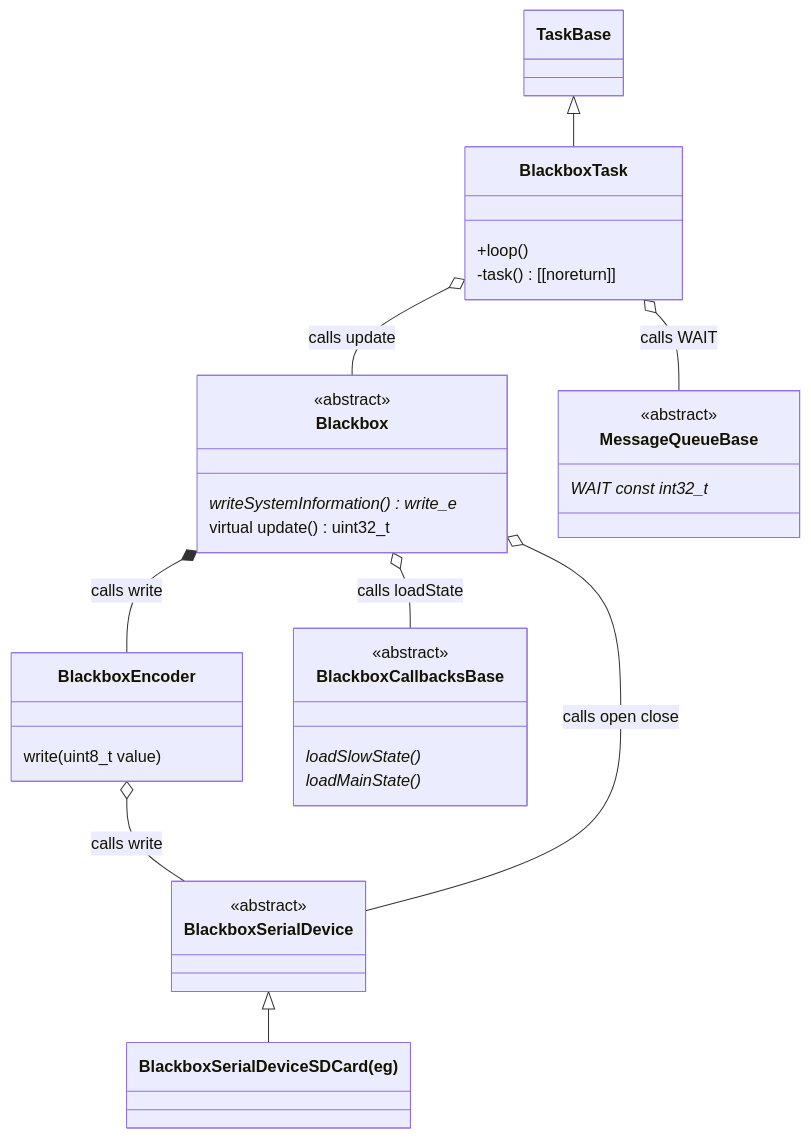
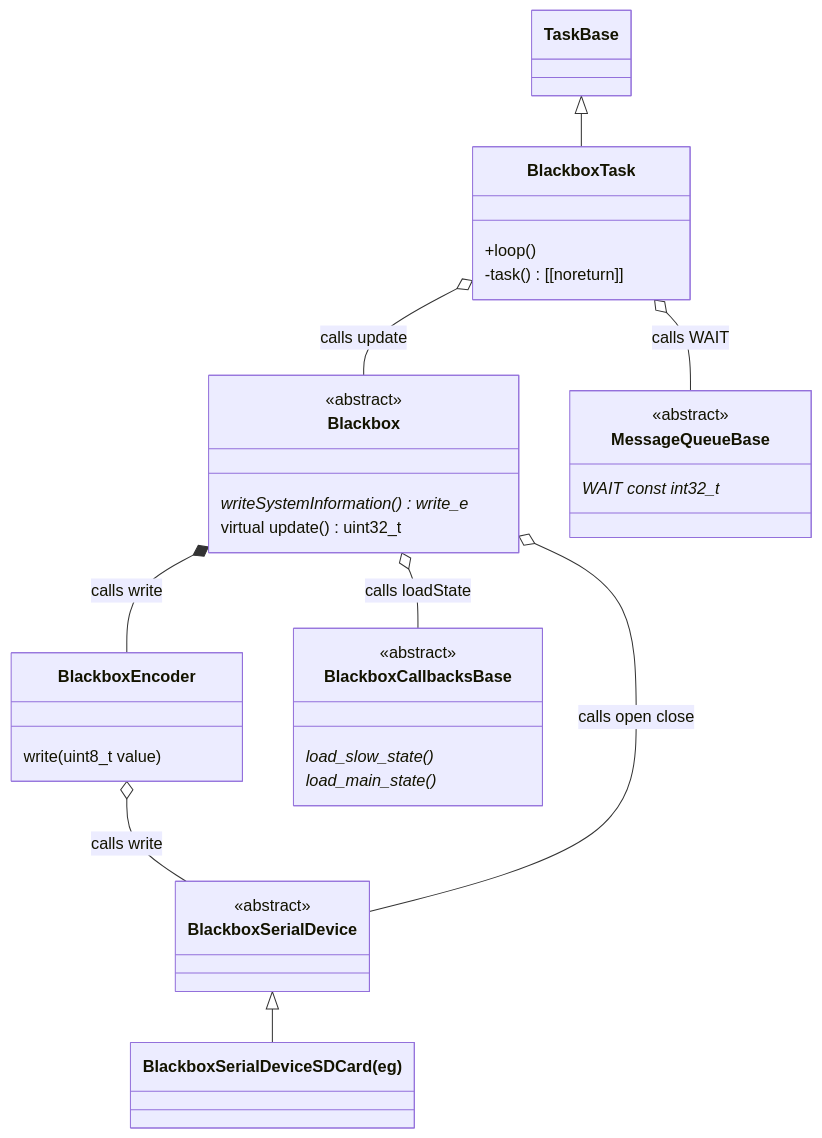
Before and after one commit to martinbudden/Library-Blackbox: the diagram in README.md, drawn with Mermaid. The commit also changed 7 other files, not shown here.

````diff
--- a/README.md
+++ b/README.md
@@ -46,39 +46,39 @@
 ```mermaid
 classDiagram
     class BlackboxEncoder {
         write(uint8_t value)
     }
     class Blackbox {
         <<abstract>>
         writeSystemInformation() write_e *
         virtual update() uint32_t
     }
     class BlackboxCallbacksBase {
         <<abstract>>
-        loadSlowState() *
-        loadMainState() *
+        load_slow_state() *
+        load_main_state() *
     }
     class MessageQueueBase {
         <<abstract>>
         WAIT const int32_t *
     }
     class BlackboxSerialDevice {
         <<abstract>>
     }
     class BlackboxSerialDeviceSDCard["BlackboxSerialDeviceSDCard(eg)"]
 
     Blackbox o-- BlackboxCallbacksBase : calls loadState
     Blackbox *-- BlackboxEncoder : calls write
     BlackboxEncoder o-- BlackboxSerialDevice : calls write
     Blackbox o-- BlackboxSerialDevice : calls open close
     %%BlackboxSerialDevice --o BlackboxEncoder : calls write
     BlackboxSerialDevice <|-- BlackboxSerialDeviceSDCard
 
     TaskBase <|-- BlackboxTask
     class BlackboxTask {
         +loop()
         -task() [[noreturn]]
     }
     BlackboxTask o-- MessageQueueBase : calls WAIT
     BlackboxTask o-- Blackbox : calls update
 ```
````
